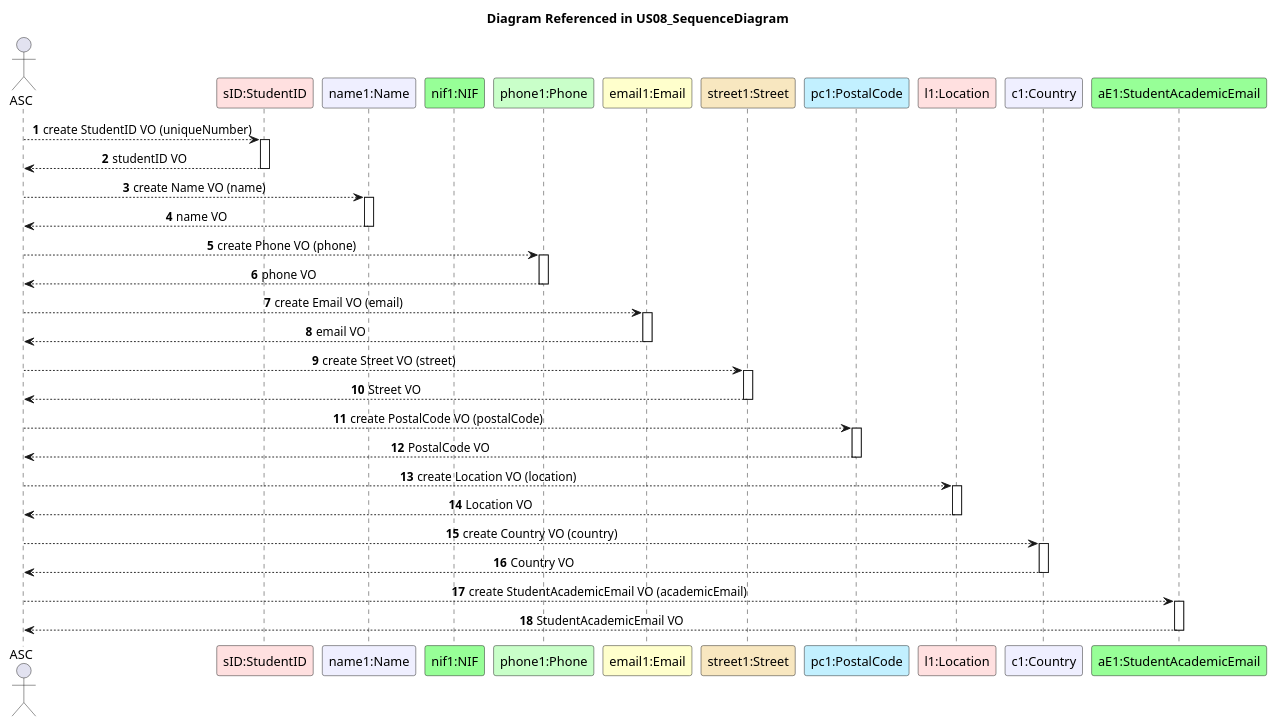
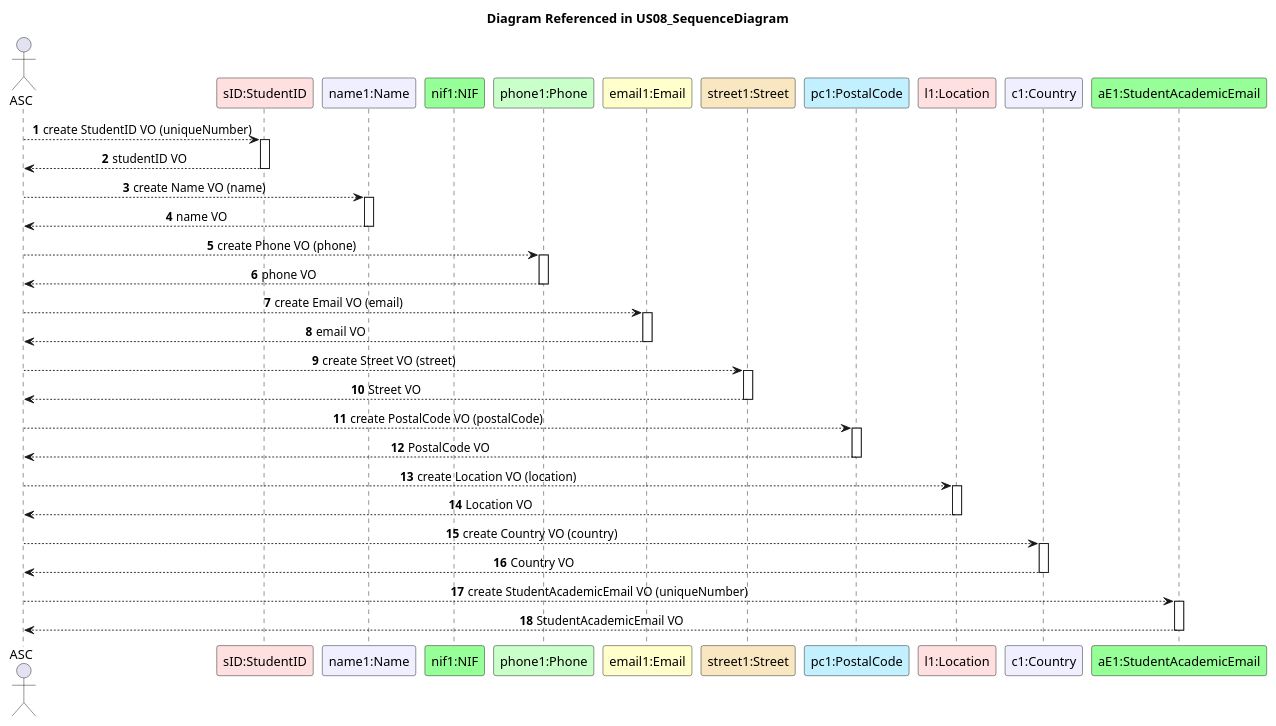
Before and after one commit to GasparISEP/DevOps-PAI: the diagram in docs/US08/US08_VOconversion.puml, drawn with PlantUML. The commit also changed 1 other file, not shown here.

Commit message:
Ref #269: Add Sequence Diagram for US08 to reflect Spring Data integration

```diff
--- a/docs/US08/US08_VOconversion.puml
+++ b/docs/US08/US08_VOconversion.puml
@@ -1,63 +1,63 @@
 @startuml
 autonumber
 skinparam sequenceMessageAlign center
 title Diagram Referenced in US08_SequenceDiagram
 
 actor ASC
 participant "sID:StudentID" as studentID #implementation
 participant "name1:Name" as name #motivation
 participant "nif1:NIF" as NIF #physical
 participant "phone1:Phone" as phone #technology
 participant "email1:Email" as email #business
 participant "street1:Street" as street #strategy
 participant "pc1:PostalCode" as postalCode #application
 participant "l1:Location" as location #implementation
 participant "c1:Country" as country #motivation
 participant "aE1:StudentAcademicEmail" as academicEmail #physical
 
 ASC --> studentID : create StudentID VO (uniqueNumber)
 activate studentID
 studentID --> ASC : studentID VO
 deactivate studentID
 
 ASC --> name : create Name VO (name)
 activate name
 name --> ASC : name VO
 deactivate name
 
 ASC --> phone : create Phone VO (phone)
 activate phone
 phone --> ASC : phone VO
 deactivate phone
 
 ASC --> email : create Email VO (email)
 activate email
 email --> ASC : email VO
 deactivate email
 
 ASC --> street : create Street VO (street)
 activate street
 street --> ASC : Street VO
 deactivate street
 
 ASC --> postalCode : create PostalCode VO (postalCode)
 activate postalCode
 postalCode --> ASC : PostalCode VO
 deactivate postalCode
 
 ASC --> location : create Location VO (location)
 activate location
 location --> ASC : Location VO
 deactivate location
 
 ASC --> country : create Country VO (country)
 activate country
 country --> ASC : Country VO
 deactivate country
 
-ASC --> academicEmail : create StudentAcademicEmail VO (academicEmail)
+ASC --> academicEmail : create StudentAcademicEmail VO (uniqueNumber)
 activate academicEmail
 academicEmail --> ASC : StudentAcademicEmail VO
 deactivate academicEmail
 
 @enduml
```
